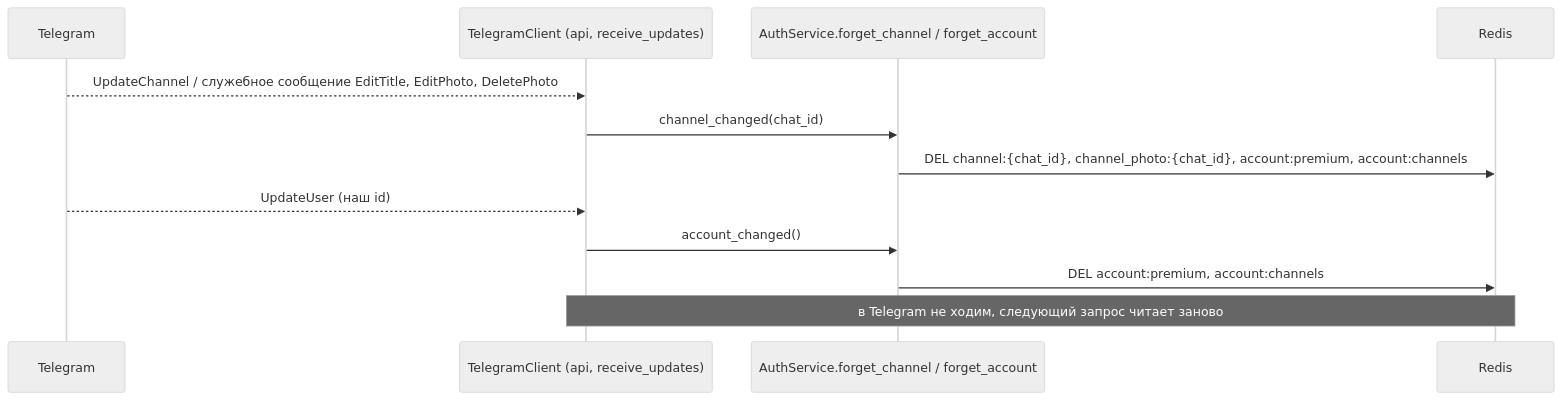
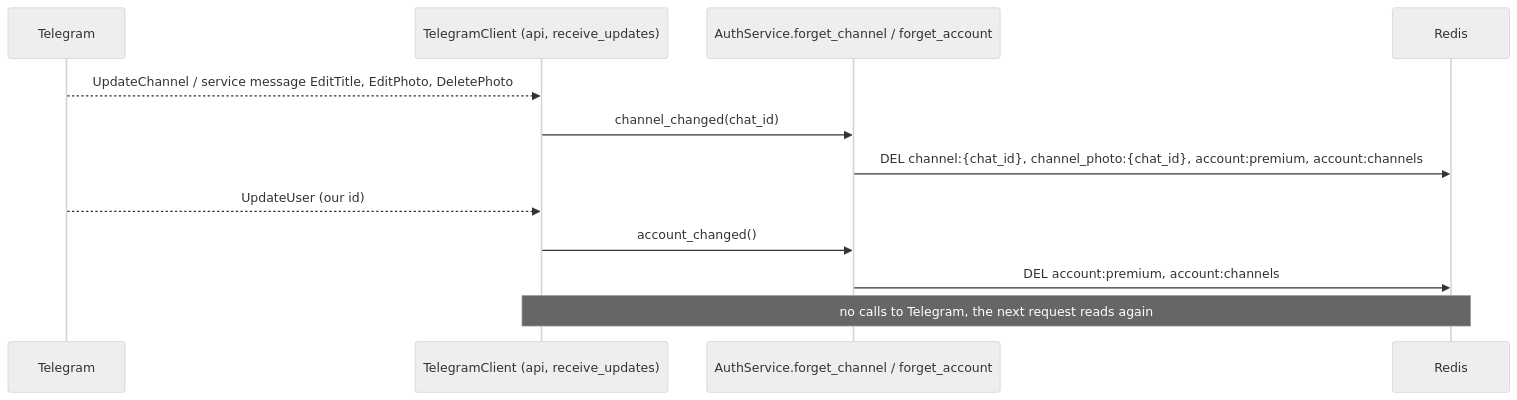
Before and after one commit to NikitkaZXC/tcloud-backend: the fourth of 5 diagrams in docs/flows/storages.md, drawn with Mermaid (neutral theme). The commit also changed other lines of this file and 20 other files, not shown here.

````diff
--- a/docs/flows/storages.md
+++ b/docs/flows/storages.md
@@ -151,14 +151,14 @@
 ```mermaid
 sequenceDiagram
     participant TG as Telegram
     participant C as TelegramClient (api, receive_updates)
     participant A as AuthService.forget_channel / forget_account
     participant R as Redis
-    TG-->>C: UpdateChannel / служебное сообщение EditTitle, EditPhoto, DeletePhoto
+    TG-->>C: UpdateChannel / service message EditTitle, EditPhoto, DeletePhoto
     C->>A: channel_changed(chat_id)
     A->>R: DEL channel:{chat_id}, channel_photo:{chat_id}, account:premium, account:channels
-    TG-->>C: UpdateUser (наш id)
+    TG-->>C: UpdateUser (our id)
     C->>A: account_changed()
     A->>R: DEL account:premium, account:channels
-    Note over C,R: в Telegram не ходим, следующий запрос читает заново
+    Note over C,R: no calls to Telegram, the next request reads again
 ```
````
